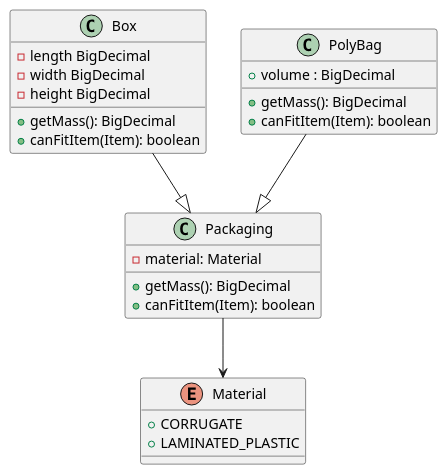
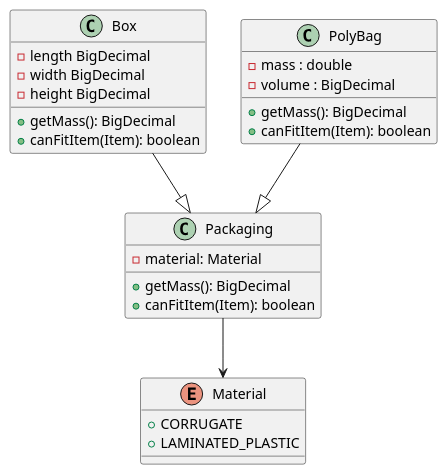
The diagram in src/resources/mastery_task_03_CD.puml (BloomTechBackend/bd-designing-with-java-project-Rappyyy), drawn with PlantUML before and after one commit. The commit also changed 5 other files, not shown here.

```diff
--- a/src/resources/mastery_task_03_CD.puml
+++ b/src/resources/mastery_task_03_CD.puml
@@ -1,38 +1,38 @@
 @startuml
 'https://plantuml.com/class-diagram
 
 class Packaging {
 
  -material: Material
   +getMass(): BigDecimal
   +canFitItem(Item): boolean
 }
 
 class Box {
 
  +getMass(): BigDecimal
   +canFitItem(Item): boolean
 - length BigDecimal
 -width BigDecimal
 -height BigDecimal
 
 }
 
 class PolyBag {
-
-+volume : BigDecimal
+-mass : double
+-volume : BigDecimal
 +getMass(): BigDecimal
 +canFitItem(Item): boolean
 
 }
 
 enum Material {
 + CORRUGATE
 + LAMINATED_PLASTIC
 }
 
 PolyBag --|> Packaging
 Box --|> Packaging
 Packaging --> Material
 
 @enduml
```
